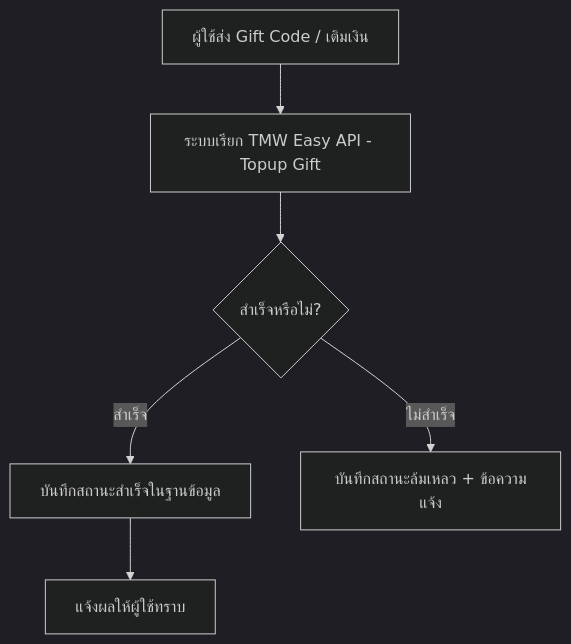
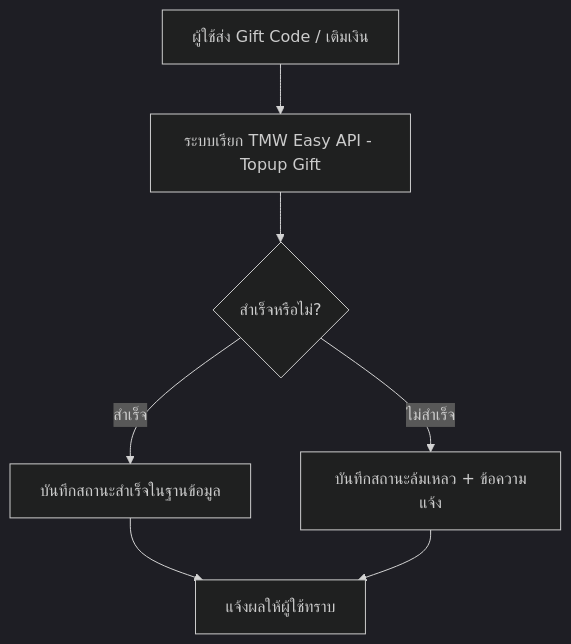
The first of 2 diagrams in README.md (Nozeed/tmweasyapi-example-gift-pph), drawn with Mermaid (dark theme) before and after one commit.

````diff
--- a/README.md
+++ b/README.md
@@ -36,8 +36,9 @@
 ```mermaid
 flowchart TD
     A[ผู้ใช้ส่ง Gift Code / เติมเงิน] --> B[ระบบเรียก TMW Easy API - Topup Gift]
     B --> C{สำเร็จหรือไม่?}
     C -->|สำเร็จ| D[บันทึกสถานะสำเร็จในฐานข้อมูล]
     C -->|ไม่สำเร็จ| E[บันทึกสถานะล้มเหลว + ข้อความแจ้ง]
     D --> F[แจ้งผลให้ผู้ใช้ทราบ]
+    E --> F
 ```
````
